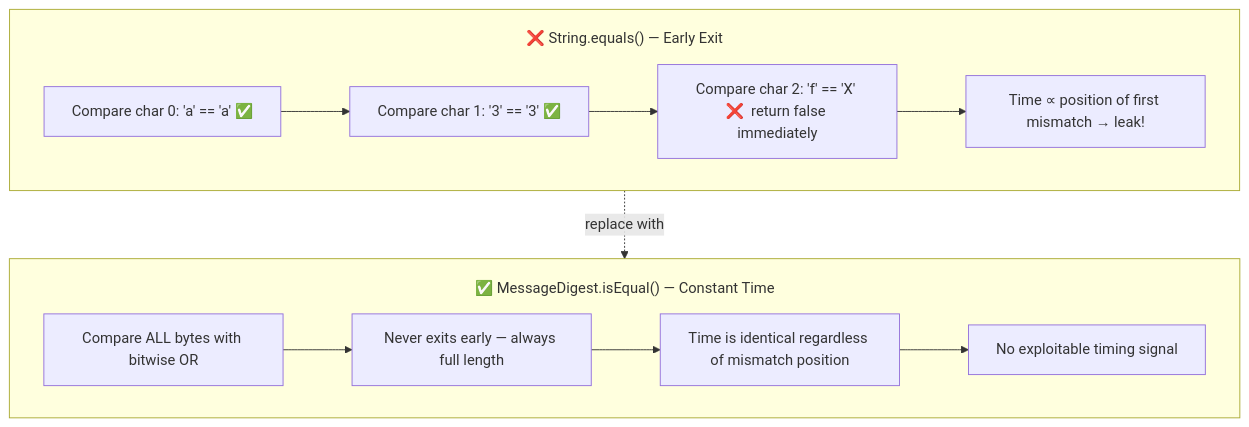
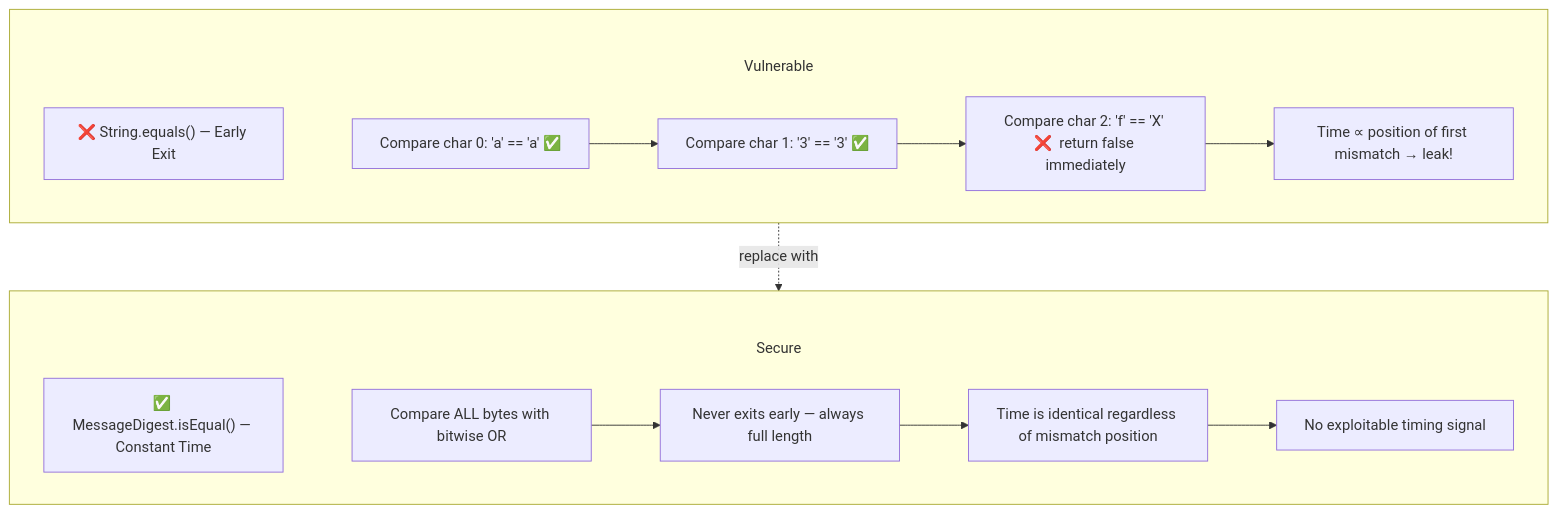
The second of 9 diagrams in src/main/java/security/attacks/README.md (csoares/SecurityJava), drawn with Mermaid before and after one commit. The commit also changed other lines of this file and 11 other files, not shown here.

Commit message:
Fix Mermaid subgraph title overlap by moving labels into title nodes Replace subgraph label syntax (which overlaps first node) with explicit title nodes inside each subgraph, connected via invisible edges (~~~). Also increase subGraphTitleMargin top padding from 20 to 50 for extra space.

````diff
--- a/src/main/java/security/attacks/README.md
+++ b/src/main/java/security/attacks/README.md
@@ -39,21 +39,25 @@
 ```mermaid
-%%{init: {'flowchart': {'subGraphTitleMargin': {'top': 20, 'bottom': 5}}}}%%
+%%{init: {'flowchart': {'subGraphTitleMargin': {'top': 50, 'bottom': 10}}}}%%
 flowchart TD
-    subgraph Vulnerable ["❌ String.equals() — Early Exit"]
+    subgraph Vulnerable
+        T_Vulnerable["❌ String.equals() — Early Exit"]
+        T_Vulnerable ~~~ V1
         V1["Compare char 0: 'a' == 'a' ✅"]
         V2["Compare char 1: '3' == '3' ✅"]
         V3["Compare char 2: 'f' == 'X' ❌  return false immediately"]
         V4["Time ∝ position of first mismatch → leak!"]
         V1 --> V2 --> V3 --> V4
     end
 
-    subgraph Secure ["✅ MessageDigest.isEqual() — Constant Time"]
+    subgraph Secure
+        T_Secure["✅ MessageDigest.isEqual() — Constant Time"]
+        T_Secure ~~~ S1
         S1["Compare ALL bytes with bitwise OR"]
         S2["Never exits early — always full length"]
         S3["Time is identical regardless of mismatch position"]
         S4["No exploitable timing signal"]
         S1 --> S2 --> S3 --> S4
     end
 
     Vulnerable -.->|"replace with"| Secure
 ```
````
